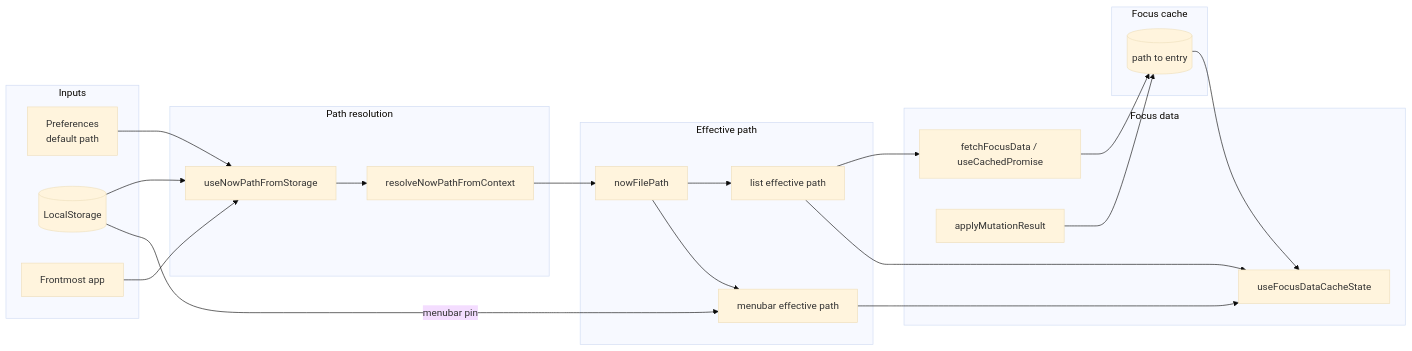
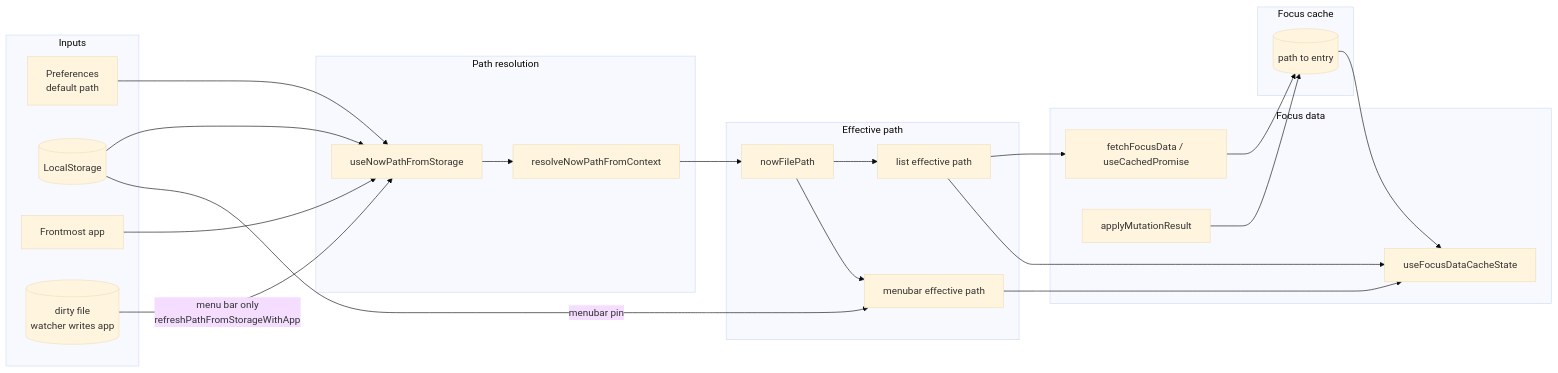
Before and after one commit to shanberg/now: the diagram in docs/c4/c3-data-flow.md, drawn with Mermaid (base theme). The commit also changed other lines of this file and 41 other files, not shown here.

First line of the commit message:
Refactor: Swift watcher, shared path switch, selection→panel registry

````diff
--- a/docs/c4/c3-data-flow.md
+++ b/docs/c4/c3-data-flow.md
@@ -5,39 +7,41 @@
 ```mermaid
 flowchart LR
   subgraph Inputs["Inputs"]
     Prefs[Preferences<br/>default path]
     LS[(LocalStorage)]
     App[Frontmost app]
+    Dirty[(dirty file<br/>watcher writes app)]
   end
   subgraph Resolution["Path resolution"]
     Resolve[resolveNowPathFromContext]
     useNowPath[useNowPathFromStorage]
   end
   subgraph Effective["Effective path"]
     NowPath[nowFilePath]
     ListEff[list effective path]
     MBEff[menubar effective path]
   end
   subgraph FocusData["Focus data"]
     Fetch[fetchFocusData / useCachedPromise]
     CacheRead[useFocusDataCacheState]
     ApplyMut[applyMutationResult]
   end
   subgraph Cache["Focus cache"]
     FC[(path to entry)]
   end
   Prefs --> useNowPath
   LS --> useNowPath
   App --> useNowPath
+  Dirty -->|menu bar only<br/>refreshPathFromStorageWithApp| useNowPath
   useNowPath --> Resolve
   Resolve --> NowPath
   NowPath --> ListEff
   NowPath --> MBEff
   LS -->|menubar pin| MBEff
   ListEff --> Fetch
   ListEff --> CacheRead
   MBEff --> CacheRead
   FC --> CacheRead
   Fetch --> FC
   ApplyMut --> FC
 ```
````
